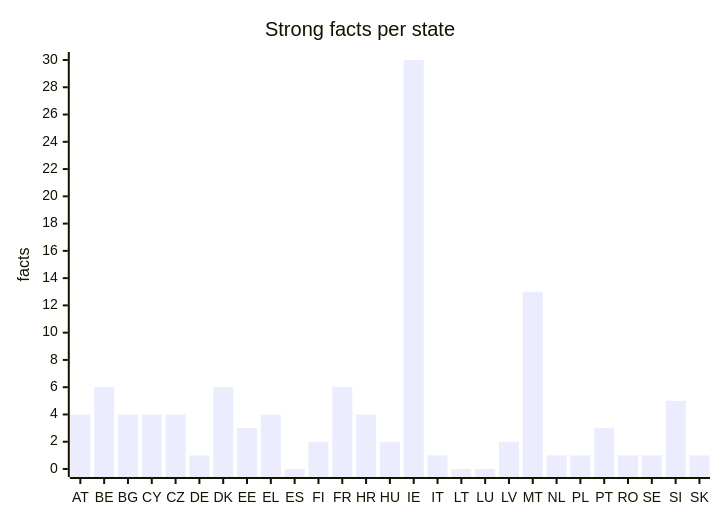
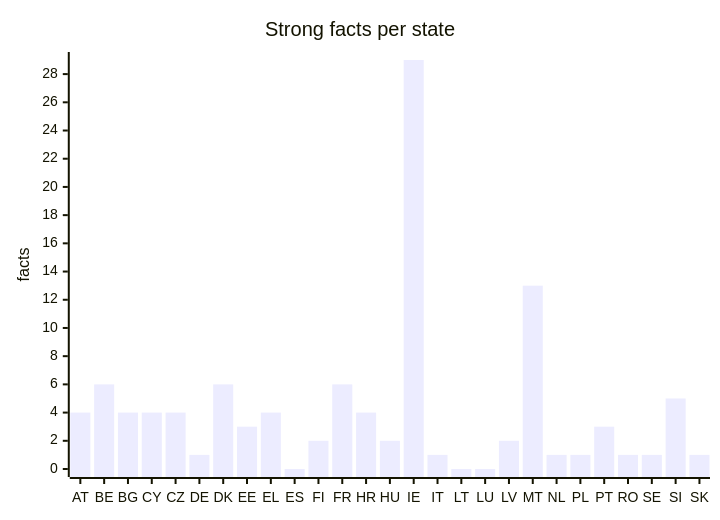
The fifth of 5 diagrams in docs/evidence.md (EU27-data-sovereignty/eu27-data-sovereignty), drawn with Mermaid before and after one commit. The commit also changed other lines of this file and 57 other files, not shown here.

````diff
--- a/docs/evidence.md
+++ b/docs/evidence.md
@@ -93,7 +93,7 @@
 ```mermaid
 xychart-beta
   title "Strong facts per state"
   x-axis [AT, BE, BG, CY, CZ, DE, DK, EE, EL, ES, FI, FR, HR, HU, IE, IT, LT, LU, LV, MT, NL, PL, PT, RO, SE, SI, SK]
-  y-axis "facts" 0 --> 30
-  bar [4, 6, 4, 4, 4, 1, 6, 3, 4, 0, 2, 6, 4, 2, 30, 1, 0, 0, 2, 13, 1, 1, 3, 1, 1, 5, 1]
+  y-axis "facts" 0 --> 29
+  bar [4, 6, 4, 4, 4, 1, 6, 3, 4, 0, 2, 6, 4, 2, 29, 1, 0, 0, 2, 13, 1, 1, 3, 1, 1, 5, 1]
 ```
````
